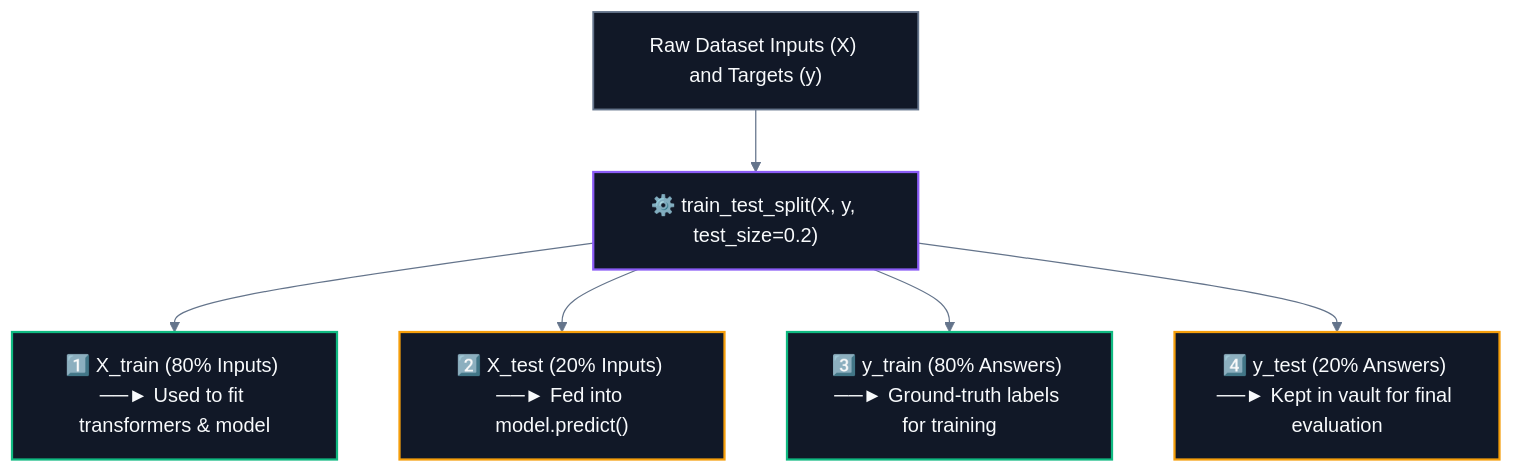
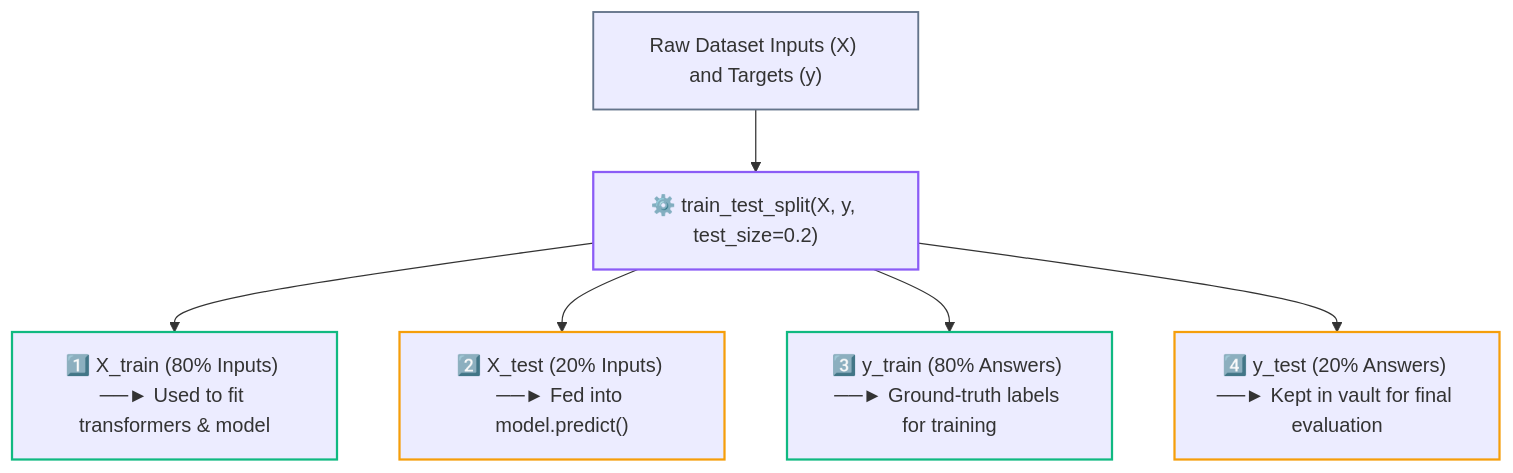
Before and after one commit to abhinavbharti2345/CS_Notes: the third of 4 diagrams in CS/AI & ML/01. Classical ML/04. Train-Test Split and Generalization.md, drawn with Mermaid. The commit also changed other lines of this file and 91 other files, not shown here.

````diff
--- a/CS/AI & ML/01. Classical ML/04. Train-Test Split and Generalization.md
+++ b/CS/AI & ML/01. Classical ML/04. Train-Test Split and Generalization.md
@@ -148,20 +146,19 @@
 ```mermaid
-%%{init: {'theme': 'base', 'themeVariables': { 'darkMode': true, 'background': '#0B0F14', 'mainBkg': '#111827', 'primaryColor': '#111827', 'primaryTextColor': '#F8FAFC', 'primaryBorderColor': '#38BDF8', 'lineColor': '#64748B', 'secondaryColor': '#0B0F14', 'tertiaryColor': '#0B0F14', 'clusterBkg': '#0B0F14', 'clusterBorder': '#38BDF8' }}}%%
 flowchart TD
     Raw["Raw Dataset Inputs (X) and Targets (y)"] --> Split["⚙️ train_test_split(X, y, test_size=0.2)"]
     
     Split --> XTr["1️⃣ X_train (80% Inputs) ──► Used to fit transformers & model"]
     Split --> XTe["2️⃣ X_test (20% Inputs) ──► Fed into model.predict()"]
     Split --> YTr["3️⃣ y_train (80% Answers) ──► Ground-truth labels for training"]
     Split --> YTe["4️⃣ y_test (20% Answers) ──► Kept in vault for final evaluation"]
 
-    classDef raw fill:#111827,stroke:#64748b,stroke-width:1.5px,color:#F8FAFC;
-    classDef split fill:#111827,stroke:#8b5cf6,stroke-width:1.8px,color:#F8FAFC;
-    classDef train fill:#111827,stroke:#10b981,stroke-width:1.8px,color:#F8FAFC;
-    classDef test fill:#111827,stroke:#f59e0b,stroke-width:1.8px,color:#F8FAFC;
+    classDef raw stroke:#64748b,stroke-width:1.5px;
+    classDef split stroke:#8b5cf6,stroke-width:1.8px;
+    classDef train stroke:#10b981,stroke-width:1.8px;
+    classDef test stroke:#f59e0b,stroke-width:1.8px;
 
     class Raw raw;
     class Split split;
     class XTr,YTr train;
     class XTe,YTe test;
 ```
````
